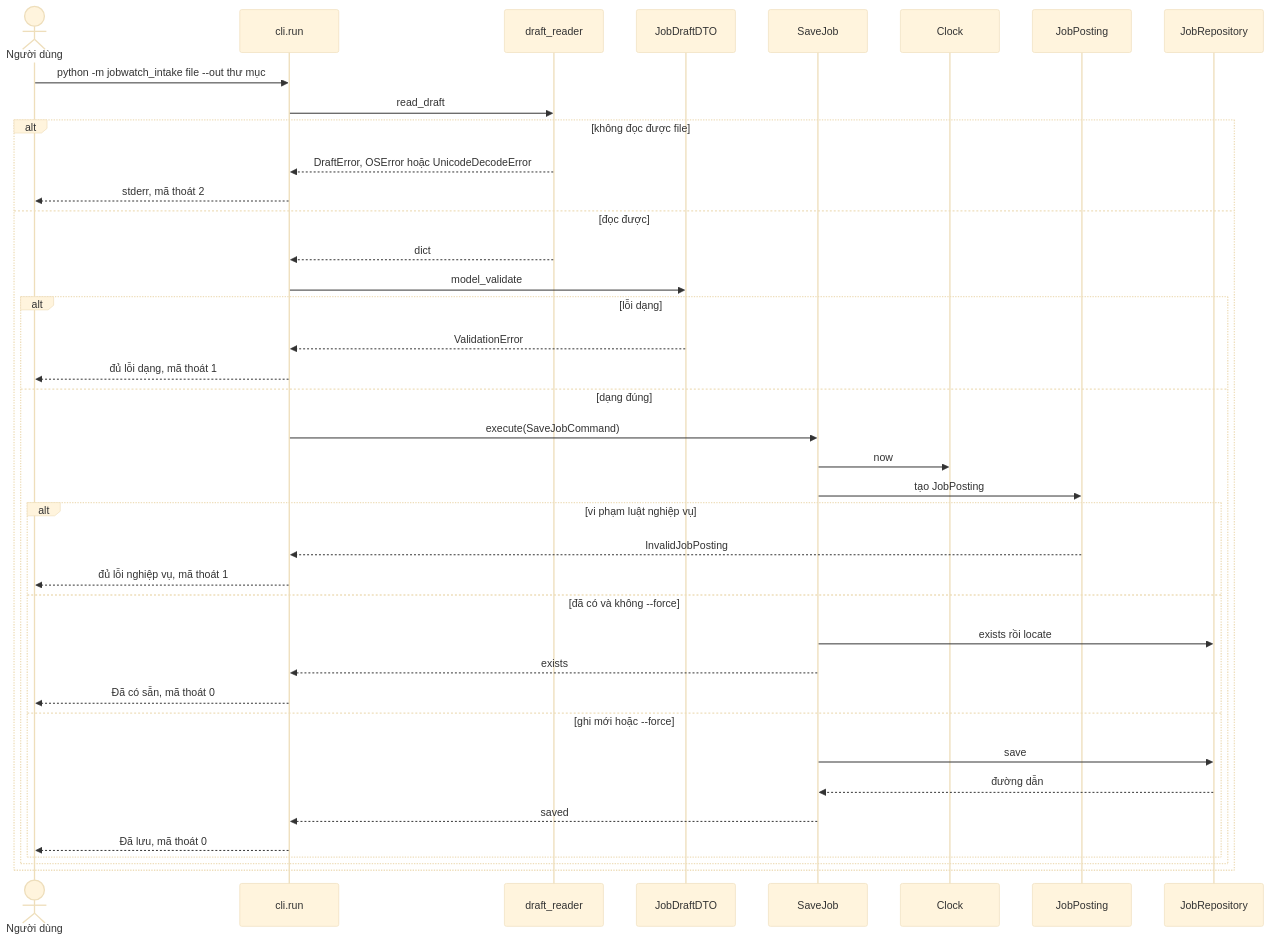
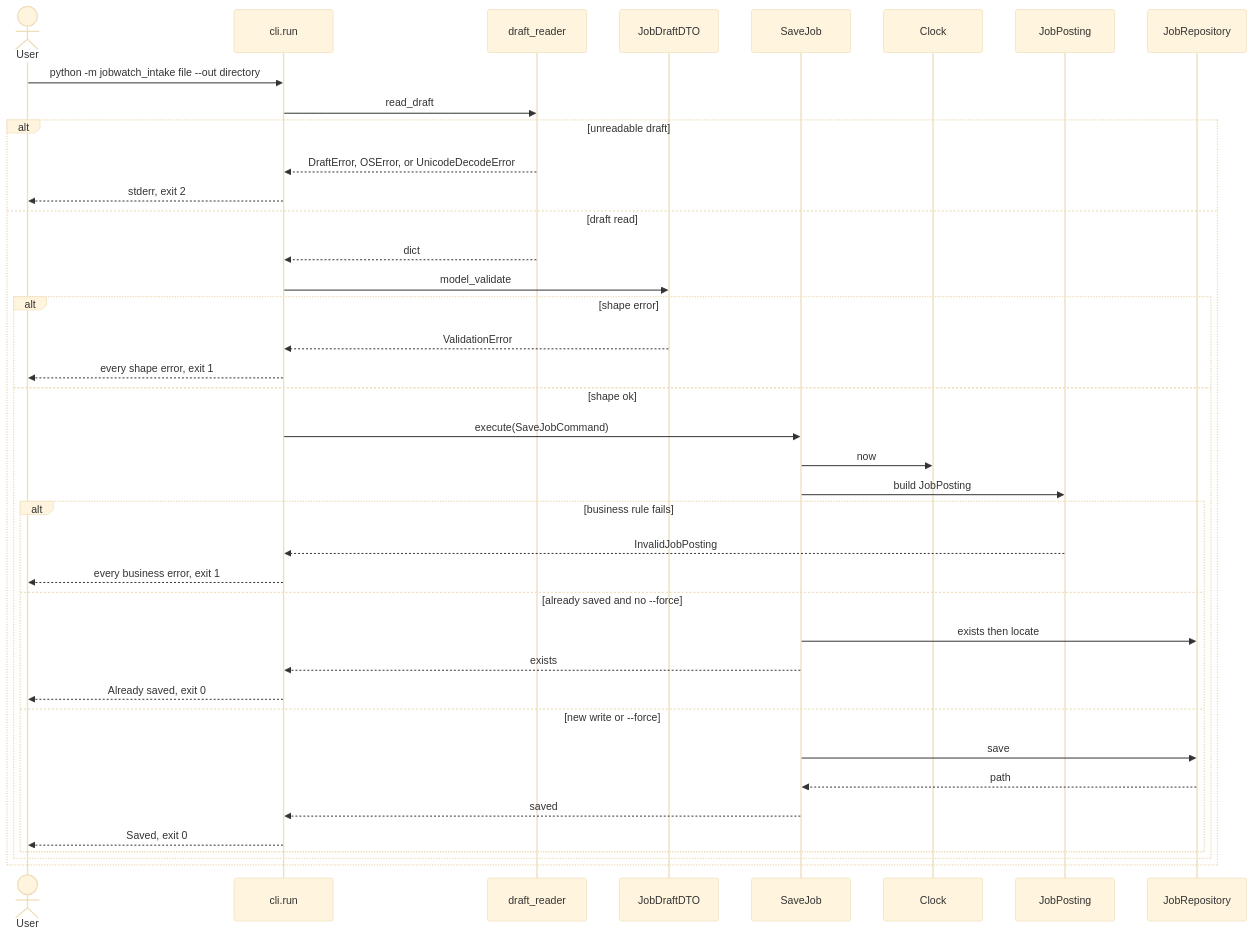
The second of 2 diagrams in docs/ARCHITECTURE.md (nguyenbaolab/jobwatch_intake), drawn with Mermaid (base theme) before and after one commit. The commit also changed other lines of this file and 2 other files, not shown here.

````diff
--- a/docs/ARCHITECTURE.md
+++ b/docs/ARCHITECTURE.md
@@ -24,42 +24,42 @@
 ```mermaid
 sequenceDiagram
-  actor User as Người dùng
+  actor User as User
   participant CLI as cli.run
   participant Reader as draft_reader
   participant DTO as JobDraftDTO
   participant UC as SaveJob
   participant Clock as Clock
   participant Domain as JobPosting
   participant Repo as JobRepository
 
-  User->>CLI: python -m jobwatch_intake file --out thư mục
+  User->>CLI: python -m jobwatch_intake file --out directory
   CLI->>Reader: read_draft
-  alt không đọc được file
-    Reader-->>CLI: DraftError, OSError hoặc UnicodeDecodeError
-    CLI-->>User: stderr, mã thoát 2
-  else đọc được
+  alt unreadable draft
+    Reader-->>CLI: DraftError, OSError, or UnicodeDecodeError
+    CLI-->>User: stderr, exit 2
+  else draft read
     Reader-->>CLI: dict
     CLI->>DTO: model_validate
-    alt lỗi dạng
+    alt shape error
       DTO-->>CLI: ValidationError
-      CLI-->>User: đủ lỗi dạng, mã thoát 1
-    else dạng đúng
+      CLI-->>User: every shape error, exit 1
+    else shape ok
       CLI->>UC: execute(SaveJobCommand)
       UC->>Clock: now
-      UC->>Domain: tạo JobPosting
-      alt vi phạm luật nghiệp vụ
+      UC->>Domain: build JobPosting
+      alt business rule fails
         Domain-->>CLI: InvalidJobPosting
-        CLI-->>User: đủ lỗi nghiệp vụ, mã thoát 1
-      else đã có và không --force
-        UC->>Repo: exists rồi locate
+        CLI-->>User: every business error, exit 1
+      else already saved and no --force
+        UC->>Repo: exists then locate
         UC-->>CLI: exists
-        CLI-->>User: Đã có sẵn, mã thoát 0
-      else ghi mới hoặc --force
+        CLI-->>User: Already saved, exit 0
+      else new write or --force
         UC->>Repo: save
-        Repo-->>UC: đường dẫn
+        Repo-->>UC: path
         UC-->>CLI: saved
-        CLI-->>User: Đã lưu, mã thoát 0
+        CLI-->>User: Saved, exit 0
       end
     end
   end
 ```
````
